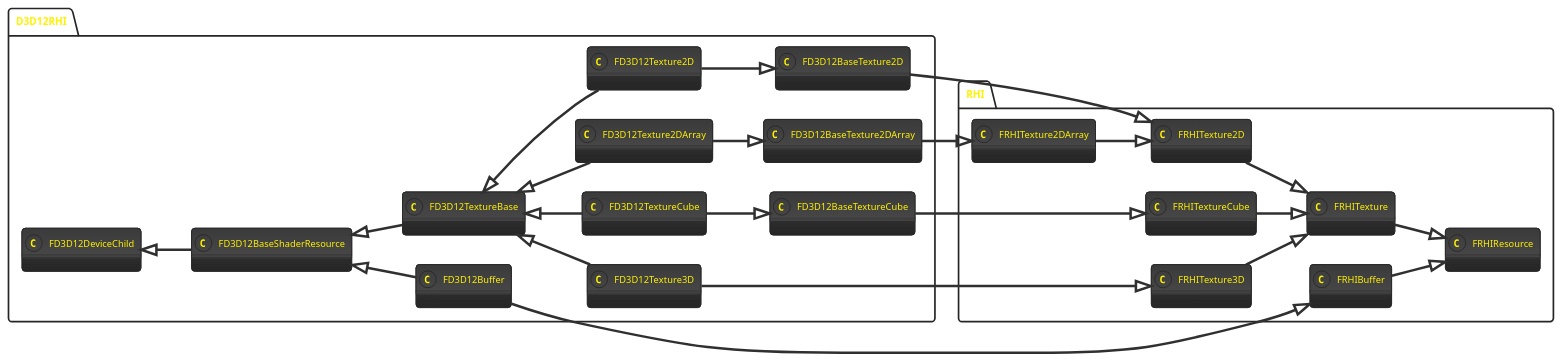
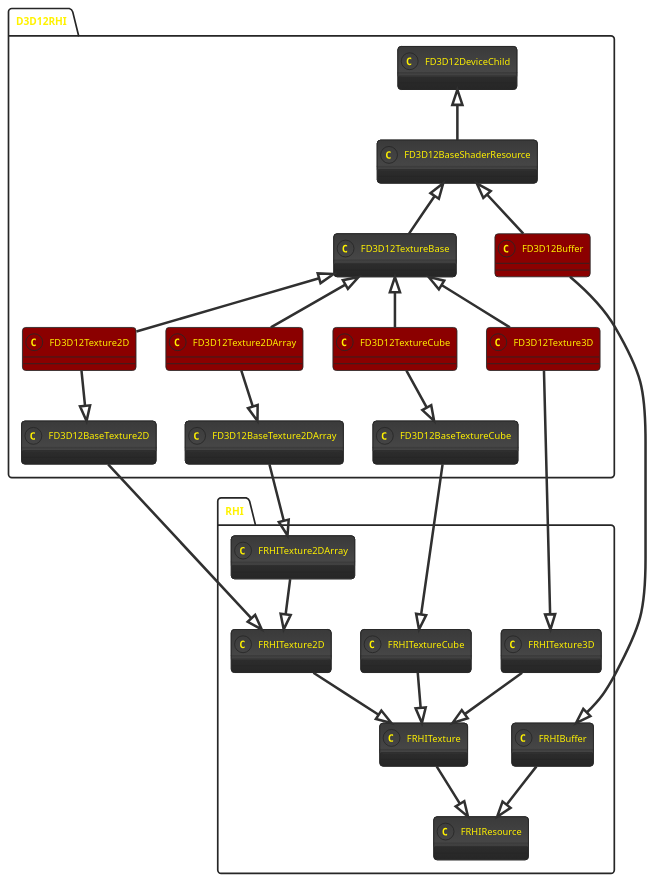
One commit to yuanlin2008/Notes changed the second of 2 diagrams in D3D12RHI.md. Above: the diagram before and after it, drawn with PlantUML.

````diff
--- a/D3D12RHI.md
+++ b/D3D12RHI.md
@@ -24,38 +24,43 @@
 ```puml
-left to right direction
 !theme black-knight
 package RHI {
 	class FRHIResource
 	class FRHIBuffer
 	class FRHITexture
 	class FRHITexture2D
 	class FRHITexture2DArray
 	class FRHITexture3D
 	class FRHITextureCube
 	FRHIBuffer--|>FRHIResource
 	FRHITexture--|>FRHIResource
 	FRHITexture2D--|>FRHITexture
 	FRHITexture2DArray--|>FRHITexture2D
 	FRHITexture3D--|>FRHITexture
 	FRHITextureCube--|>FRHITexture
 }
 package D3D12RHI {
+	class FD3D12Buffer #darkred
+	class FD3D12Texture2D #darkred
+	class FD3D12Texture2DArray #darkred
+	class FD3D12TextureCube #darkred
+	class FD3D12Texture3D #darkred
+
 	FD3D12DeviceChild<|--FD3D12BaseShaderResource
 	FD3D12BaseShaderResource<|--FD3D12Buffer
 	FD3D12Buffer--|>FRHIBuffer
 	FD3D12BaseShaderResource<|--FD3D12TextureBase
 	FD3D12TextureBase<|--FD3D12Texture3D
 	FD3D12Texture3D--|>FRHITexture3D
 	FD3D12BaseTexture2D--|>FRHITexture2D
 	FD3D12BaseTexture2DArray--|>FRHITexture2DArray
 	FD3D12BaseTextureCube--|>FRHITextureCube
 
 	FD3D12TextureBase<|--FD3D12Texture2D
 	FD3D12Texture2D--|>FD3D12BaseTexture2D
 	FD3D12TextureBase<|--FD3D12Texture2DArray
 	FD3D12Texture2DArray--|>FD3D12BaseTexture2DArray
 	FD3D12TextureBase<|--FD3D12TextureCube
 	FD3D12TextureCube--|>FD3D12BaseTextureCube
 }
 
 ```
````
